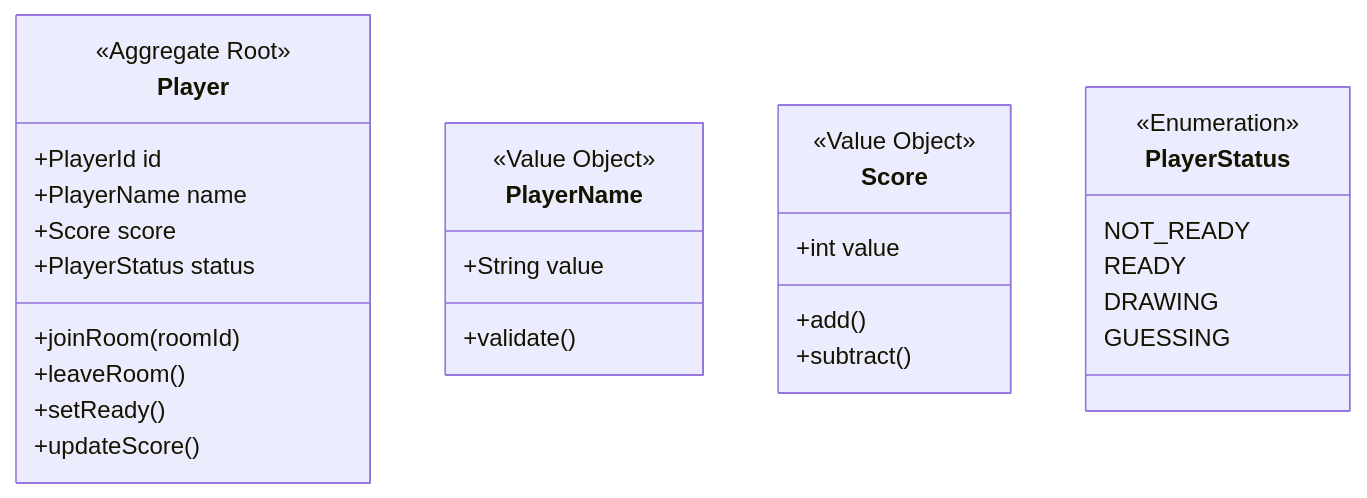
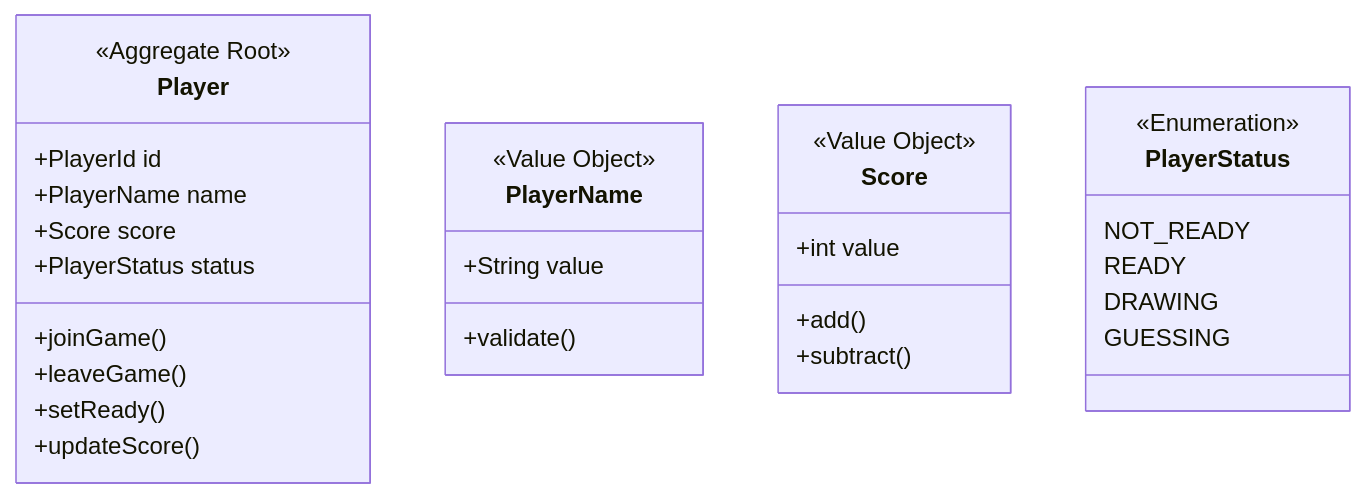
One commit to otonowa-naka/esiritori changed the sixth of 7 diagrams in design/domain-model.md. Above: the diagram before and after it, drawn with Mermaid. The commit also changed other lines of this file and 2 other files, not shown here.

````diff
--- a/design/domain-model.md
+++ b/design/domain-model.md
@@ -295,35 +227,35 @@
 ```mermaid
 classDiagram
     class Player {
         <<Aggregate Root>>
         +PlayerId id
         +PlayerName name
         +Score score
         +PlayerStatus status
-        +joinRoom(roomId)
-        +leaveRoom()
+        +joinGame()
+        +leaveGame()
         +setReady()
         +updateScore()
     }
 
     class PlayerName {
         <<Value Object>>
         +String value
         +validate()
     }
 
     class Score {
         <<Value Object>>
         +int value
         +add()
         +subtract()
     }
 
     class PlayerStatus {
         <<Enumeration>>
         NOT_READY
         READY
         DRAWING
         GUESSING
     }
 ```
````
